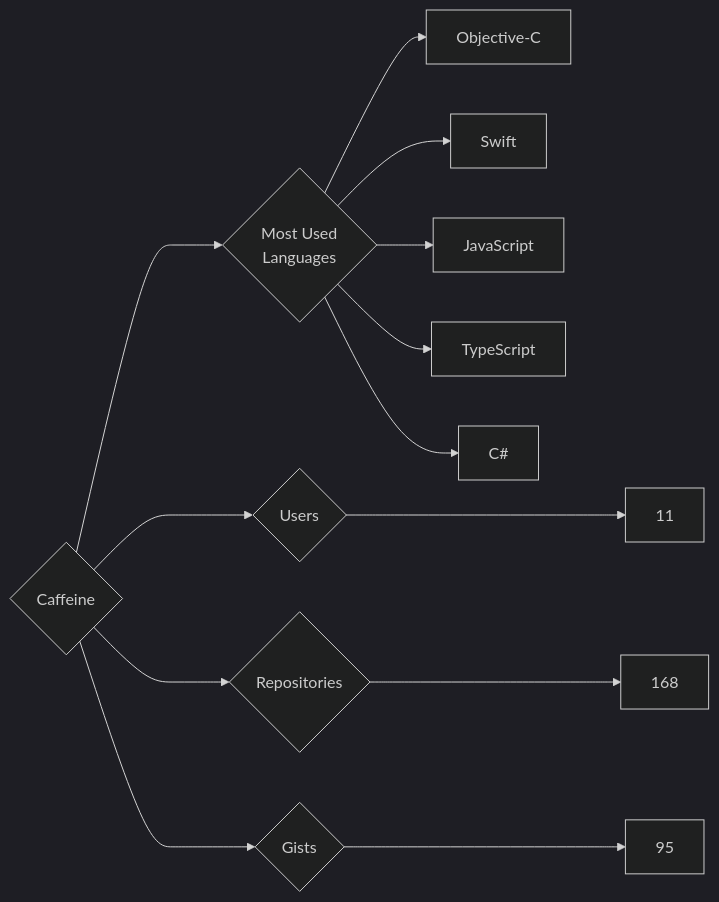
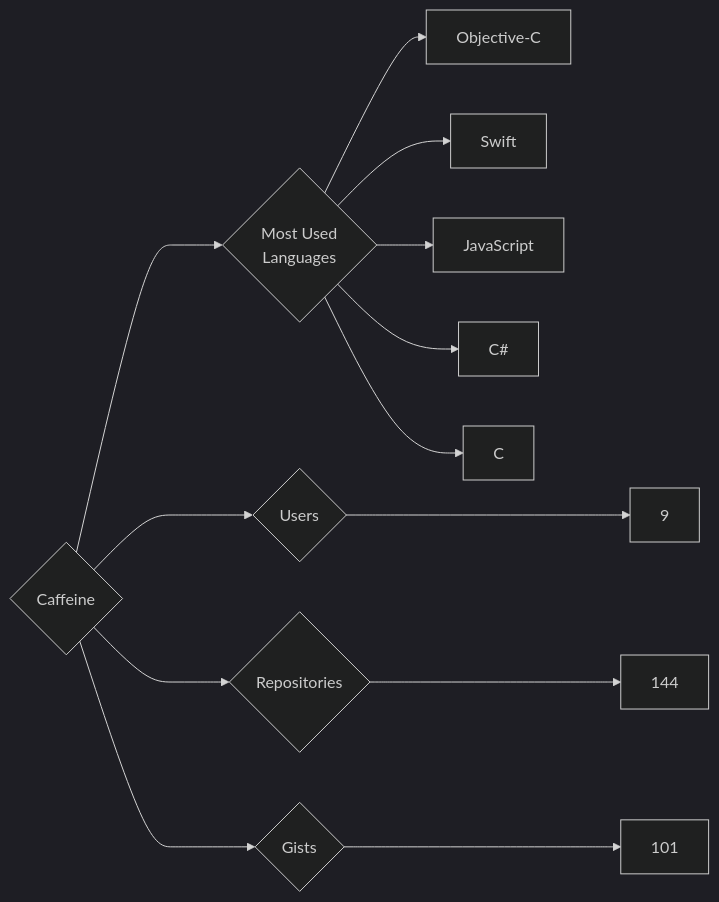
Before and after one commit to trickest/insiders: the diagram in targets/Caffeine/README.md, drawn with Mermaid (dark theme). The commit also changed 681 other files, not shown here.

````diff
--- a/targets/Caffeine/README.md
+++ b/targets/Caffeine/README.md
@@ -3,13 +3,13 @@
 ```mermaid
 graph LR
 COMPANY_NAME{Caffeine}
-COMPANY_NAME ---> U{Users} ---> UN[11]
-COMPANY_NAME ---> R{Repositories} ---> RN[168]
-COMPANY_NAME ---> G{Gists} ---> GN[95]
+COMPANY_NAME ---> U{Users} ---> UN[9]
+COMPANY_NAME ---> R{Repositories} ---> RN[144]
+COMPANY_NAME ---> G{Gists} ---> GN[101]
 COMPANY_NAME ---> ML{Most Used<br>Languages}
 ML --> Objective-C[Objective-C]
 ML --> Swift[Swift]
 ML --> JavaScript[JavaScript]
-ML --> TypeScript[TypeScript]
 ML --> C#[C#]
+ML --> C[C]
 ```
````
